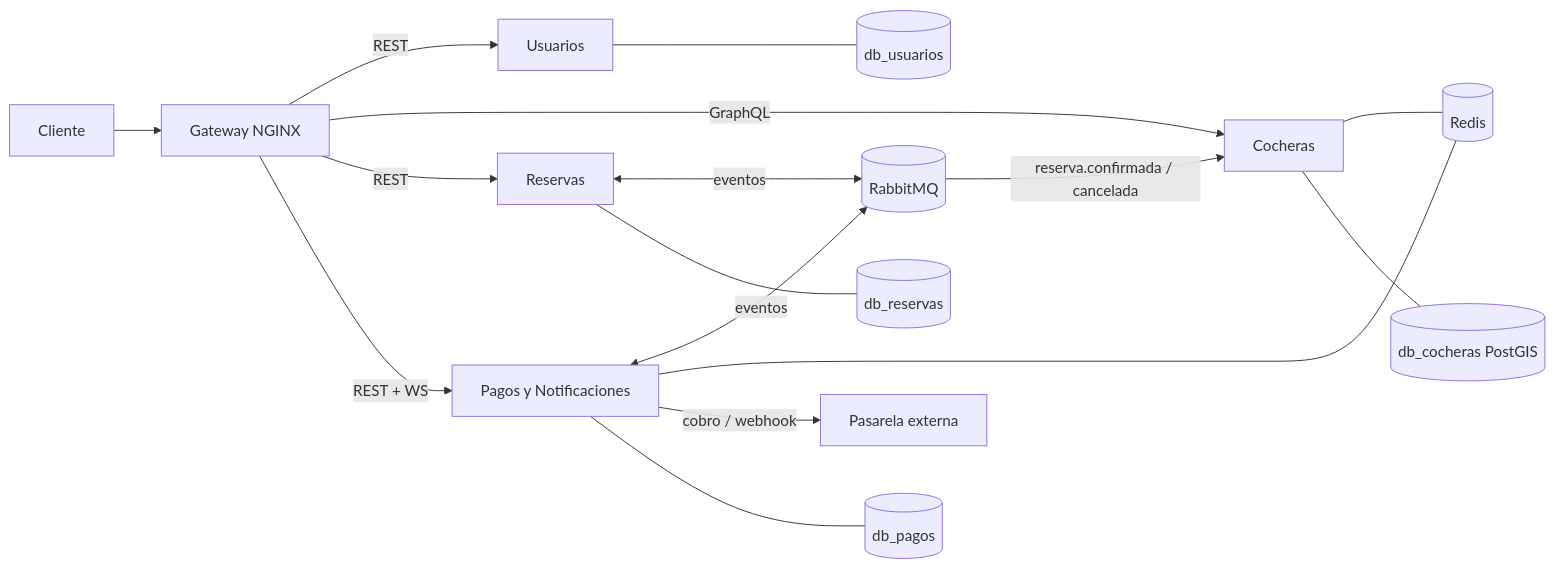
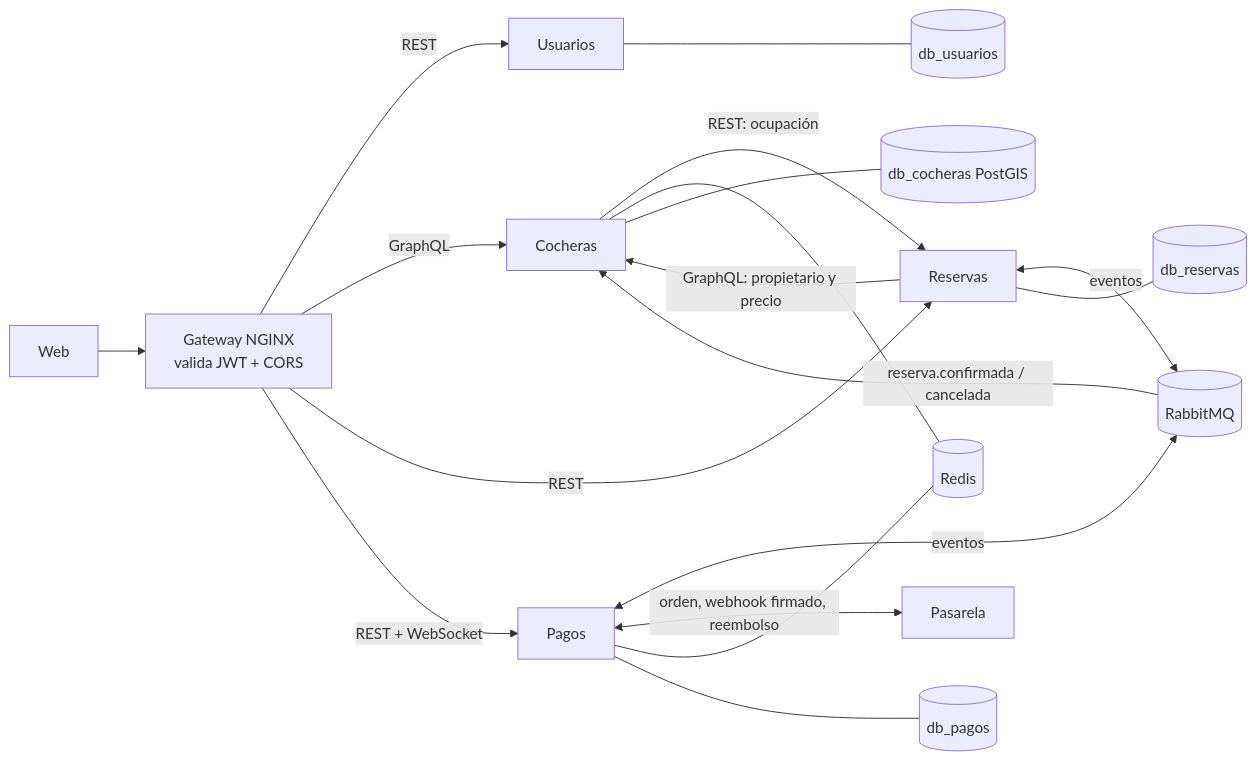
The first of 2 diagrams in docs/arquitectura.md (IgnacioIglesia/parkin), drawn with Mermaid before and after one commit. The commit also changed other lines of this file, not shown here.

````diff
--- a/docs/arquitectura.md
+++ b/docs/arquitectura.md
@@ -20,18 +21,20 @@
 ```mermaid
 flowchart LR
-    Cliente --> GW[Gateway NGINX]
+    W[Web] --> GW[Gateway NGINX<br/>valida JWT + CORS]
     GW -->|REST| U[Usuarios]
     GW -->|GraphQL| C[Cocheras]
     GW -->|REST| R[Reservas]
-    GW -->|REST + WS| P[Pagos y Notificaciones]
+    GW -->|REST + WebSocket| P[Pagos]
+    R -->|GraphQL: propietario y precio| C
+    C -->|REST: ocupación| R
     R <-->|eventos| MQ[(RabbitMQ)]
     P <-->|eventos| MQ
     MQ -->|reserva.confirmada / cancelada| C
-    C --- Redis[(Redis)]
-    P --- Redis
-    P -->|cobro / webhook| Pasarela[Pasarela externa]
+    P <-->|orden, webhook firmado, reembolso| PM[Pasarela]
+    C --- RD[(Redis)]
+    P --- RD
     U --- DBU[(db_usuarios)]
     C --- DBC[(db_cocheras PostGIS)]
     R --- DBR[(db_reservas)]
     P --- DBP[(db_pagos)]
 ```
````
